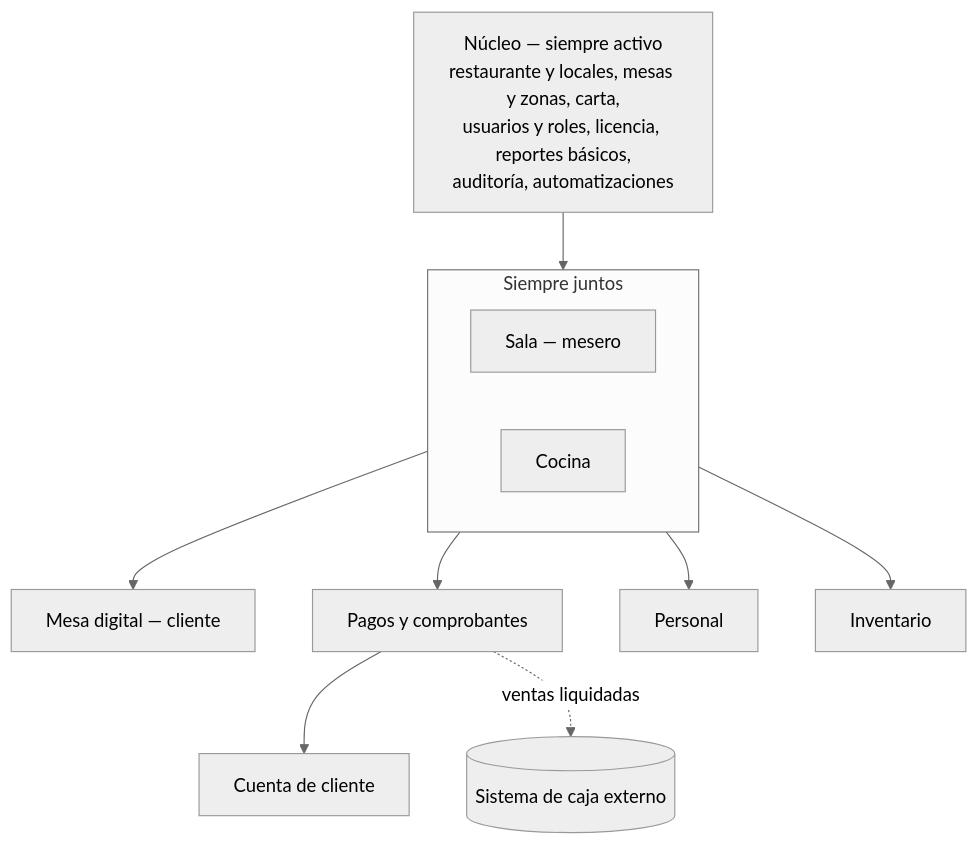
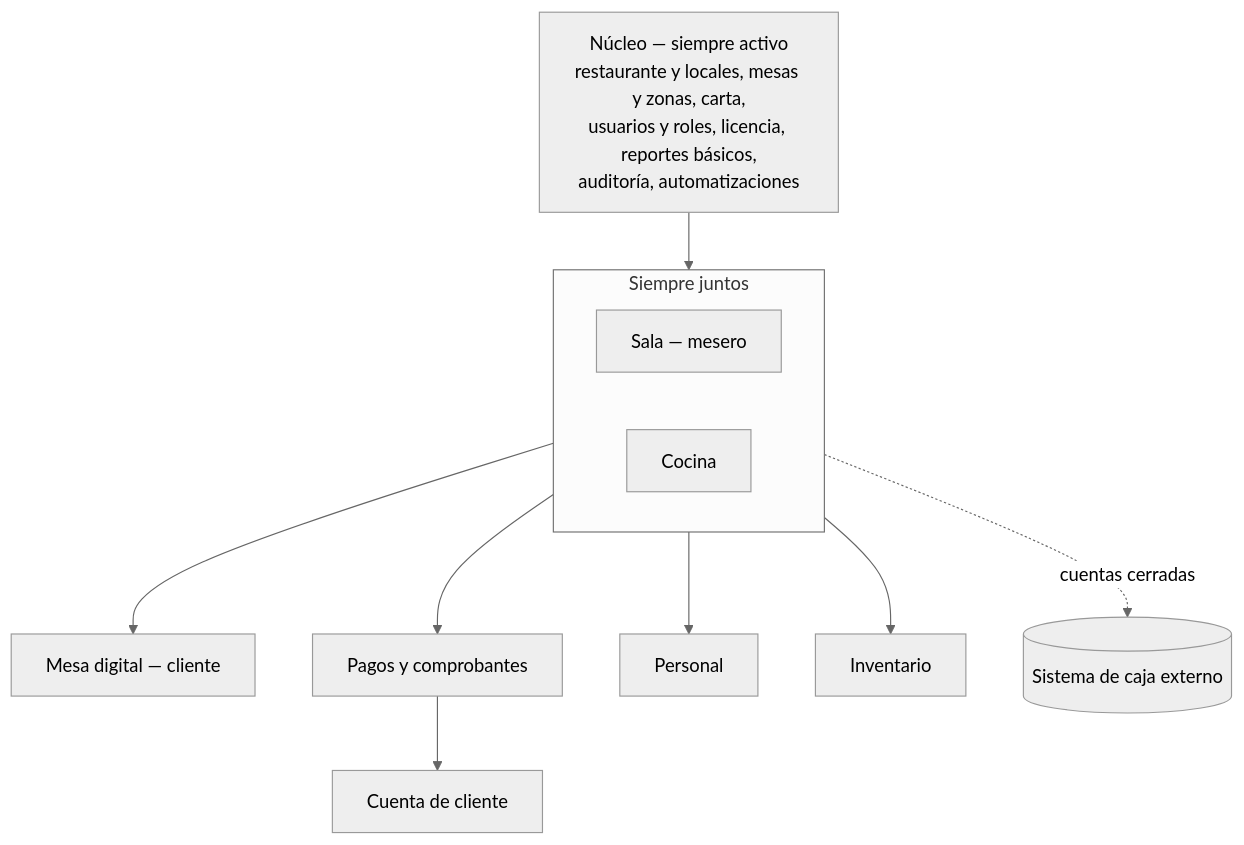
The first of 2 diagrams in docs/modulos/README.md (milkmantree/hungria), drawn with Mermaid (neutral theme) before and after one commit. The commit also changed other lines of this file and 5 other files, not shown here.

````diff
--- a/docs/modulos/README.md
+++ b/docs/modulos/README.md
@@ -6,15 +6,15 @@
 ```mermaid
 flowchart TB
     N[Núcleo — siempre activo<br/>restaurante y locales, mesas y zonas, carta,<br/>usuarios y roles, licencia, reportes básicos,<br/>auditoría, automatizaciones]
     N --> SC
     subgraph SC[Siempre juntos]
         S[Sala — mesero]
         C[Cocina]
     end
     SC --> M[Mesa digital — cliente]
     SC --> P[Pagos y comprobantes]
     SC --> PE[Personal]
     SC --> I[Inventario]
     P --> CC[Cuenta de cliente]
-    P -.->|ventas liquidadas| CJ[(Sistema de caja externo)]
+    SC -.->|cuentas cerradas| CJ[(Sistema de caja externo)]
 ```
````
